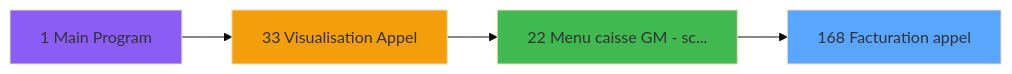
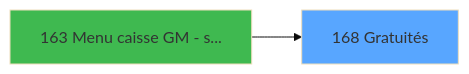
The third of 4 diagrams in .openspec/specs/ADH-IDE-168.md (thonyAGP/lecteur-magic), drawn with Mermaid (base theme) before and after one commit. The commit also changed other lines of this file and 493 other files, not shown here.

````diff
--- a/.openspec/specs/ADH-IDE-168.md
+++ b/.openspec/specs/ADH-IDE-168.md
@@ -366,14 +1324,8 @@
 ```mermaid
 graph LR
-    T168[168 Facturation appel]
+    T168[168 Gratuités]
     style T168 fill:#58a6ff
-    CC1[1 Main Program]
-    style CC1 fill:#8b5cf6
-    CC33[33 Visualisation Appel]
-    style CC33 fill:#f59e0b
-    CC22[22 Menu caisse GM - sc...]
-    style CC22 fill:#3fb950
-    CC33 --> CC22
-    CC1 --> CC33
-    CC22 --> T168
+    CALLER163[163 Menu caisse GM - s...]
+    CALLER163 --> T168
+    style CALLER163 fill:#3fb950
 ```
````
